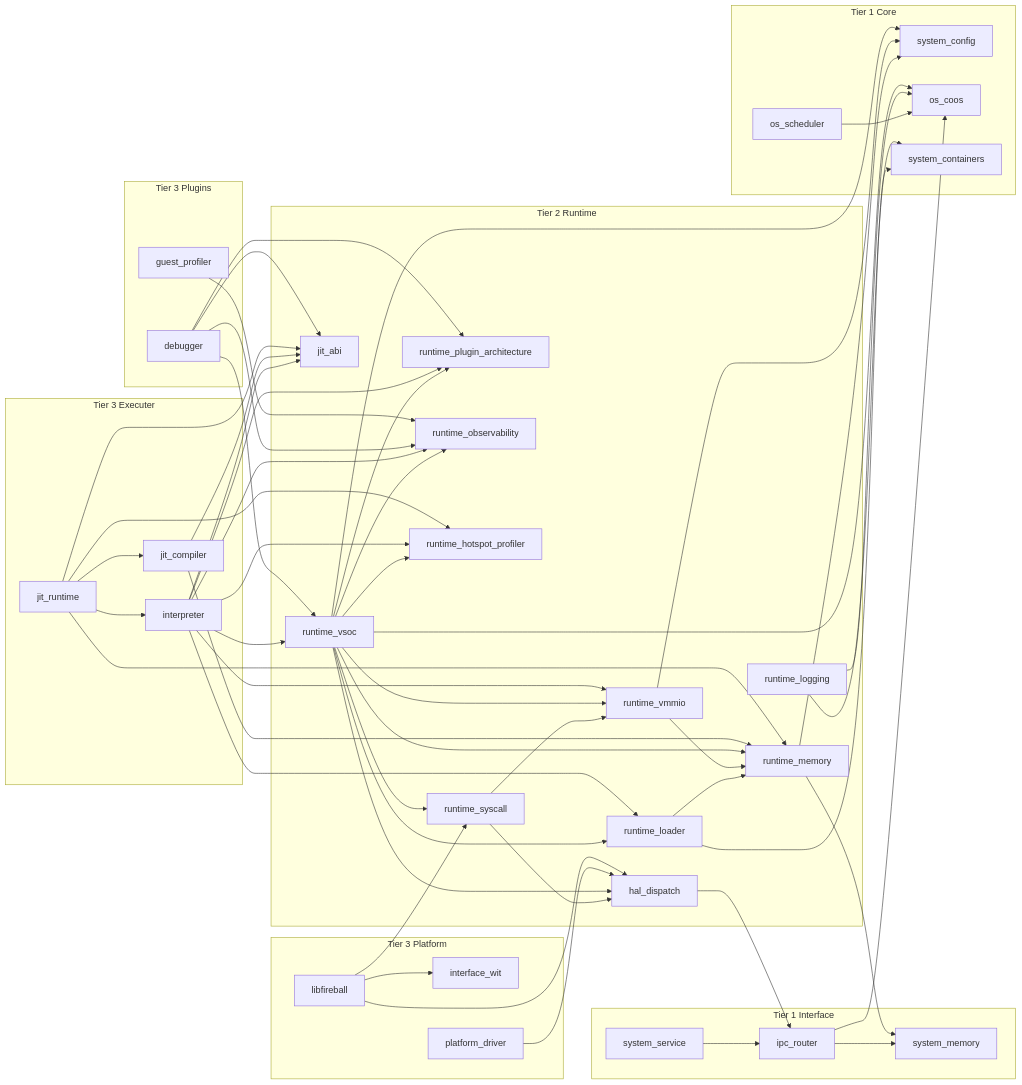
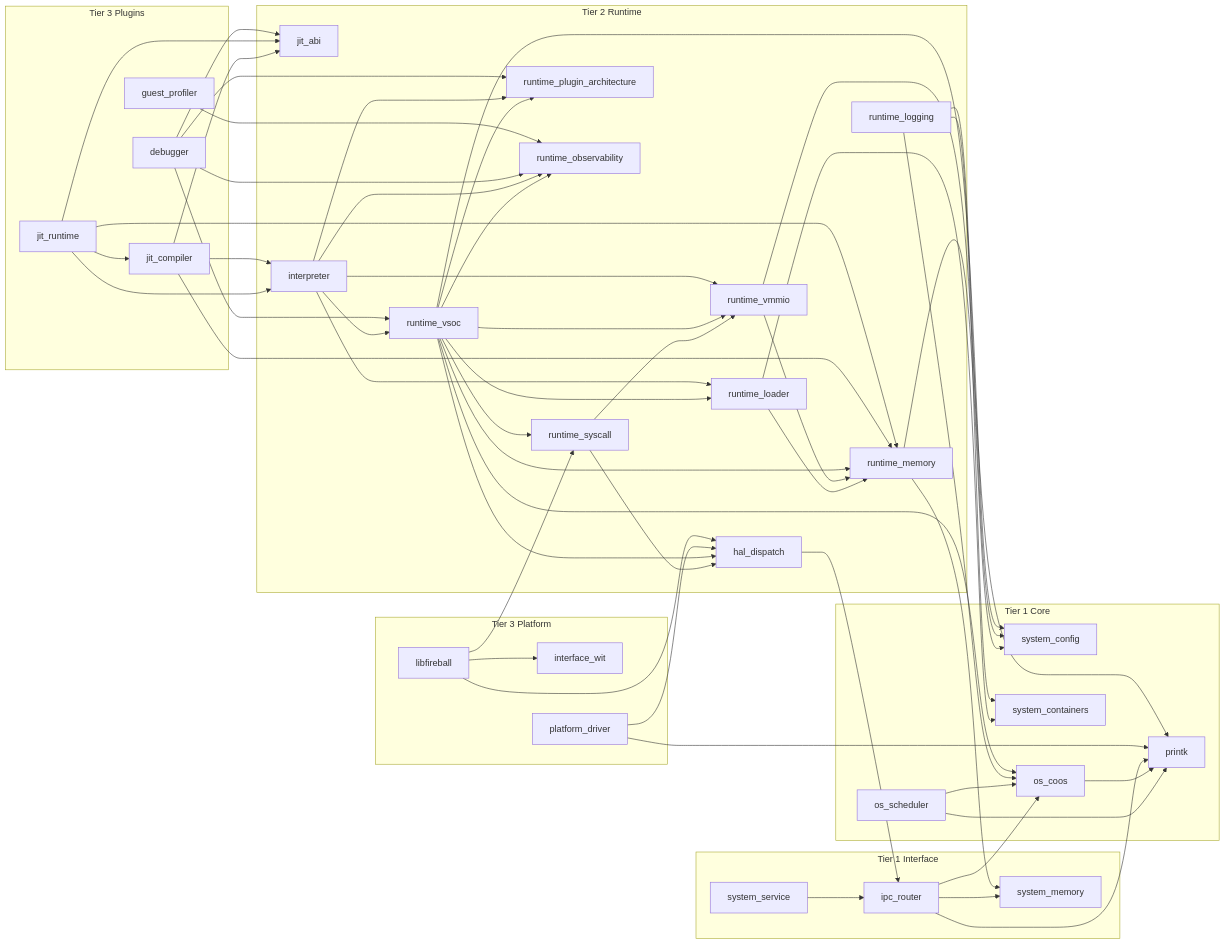
One commit to kmt-t/fireball changed the diagram in docs/architecture/architecture_overview.md. Above: the diagram before and after it, drawn with Mermaid. The commit also changed other lines of this file and 354 other files, not shown here.

```diff
--- a/docs/architecture/architecture_overview.md
+++ b/docs/architecture/architecture_overview.md
@@ -29,6 +28,7 @@
     coos["os_coos"]
     scheduler["os_scheduler"]
     containers["system_containers"]
+    printk["printk"]
   end
   subgraph T1I["Tier 1 Interface"]
     ipc["ipc_router"]
@@ -44,16 +44,13 @@
     hal["hal_dispatch"]
     plugin_contract["runtime_plugin_architecture"]
     observability["runtime_observability"]
-    hotspot["runtime_hotspot_profiler"]
     logging["runtime_logging"]
     jit_abi["jit_abi"]
+    interpreter["interpreter"]
   end
-  subgraph T3E["Tier 3 Executer"]
-    interpreter["interpreter"]
+  subgraph T3P["Tier 3 Plugins"]
     jit_compiler["jit_compiler"]
     jit_runtime["jit_runtime"]
-  end
-  subgraph T3P["Tier 3 Plugins"]
     debugger["debugger"]
     profiler["guest_profiler"]
   end
@@ -64,6 +61,10 @@
   end
 
   scheduler --> coos
+  scheduler --> printk
+  coos --> printk
+  ipc --> printk
+  driver --> printk
   ipc --> coos
   ipc --> memory_contract
   service --> ipc
@@ -78,6 +79,7 @@
   syscall --> vmmio
   logging --> coos
   logging --> containers
+  logging --> printk
   vsoc --> coos
   vsoc --> config
   vsoc --> loader
@@ -87,20 +89,17 @@
   vsoc --> hal
   vsoc --> plugin_contract
   vsoc --> observability
-  vsoc --> hotspot
   interpreter --> plugin_contract
   interpreter --> observability
-  interpreter --> hotspot
   interpreter --> vsoc
   interpreter --> loader
   interpreter --> vmmio
-  interpreter --> jit_abi
   jit_runtime --> interpreter
   jit_runtime --> jit_compiler
+  jit_compiler --> interpreter
   jit_compiler --> jit_abi
   jit_compiler --> memory
   jit_runtime --> jit_abi
-  jit_runtime --> hotspot
   jit_runtime --> memory
   debugger --> plugin_contract
   debugger --> observability
```
